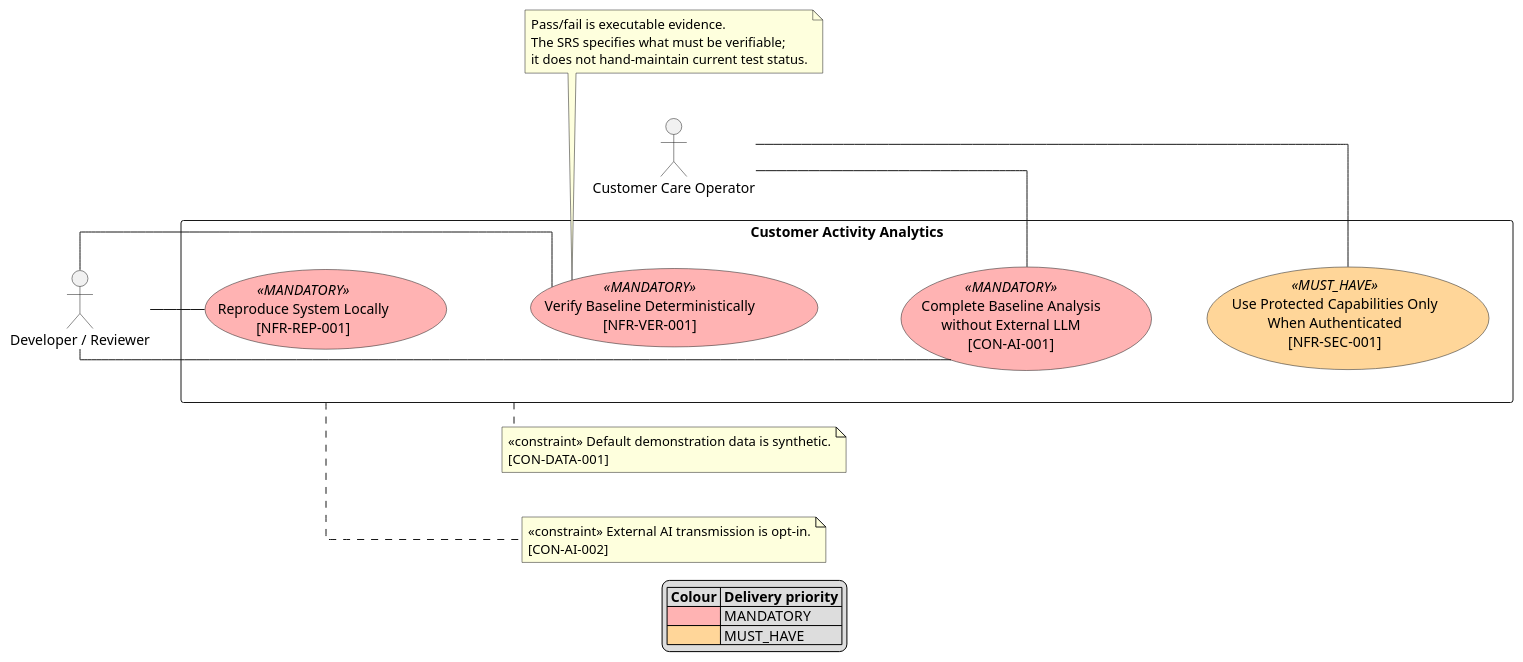
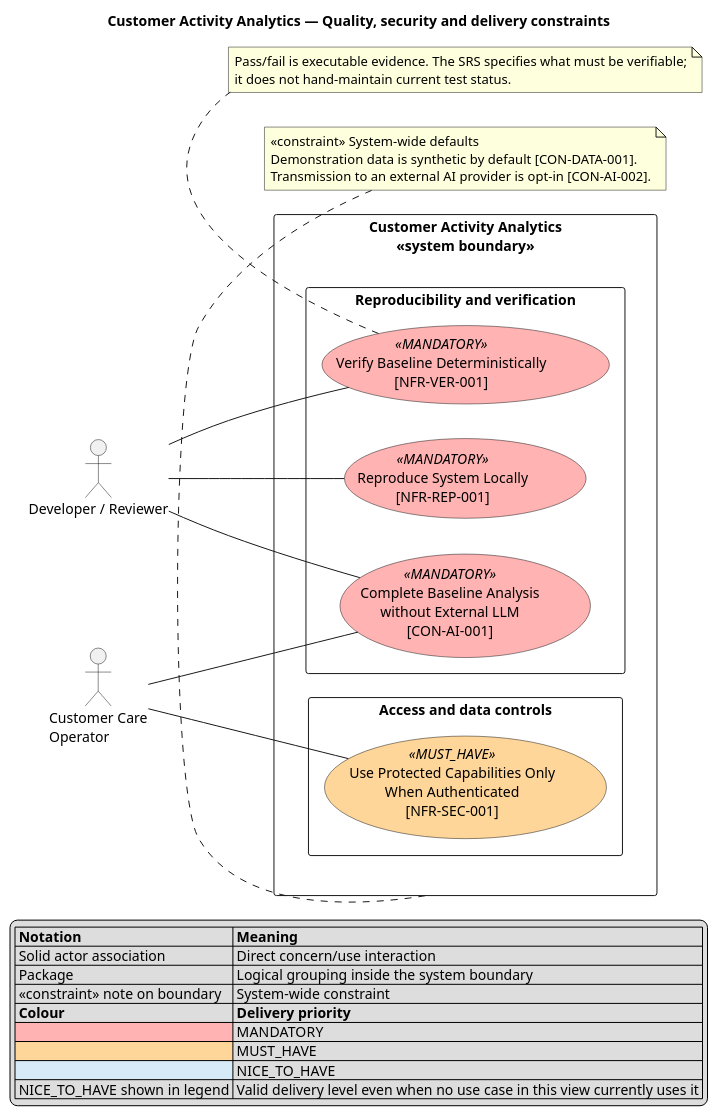
Before and after one commit to jdoe-dev-159753/specgraph-reference-app: the diagram in docs/assignment/SRS/diagrams/srs-non-functional-use-cases.puml, drawn with PlantUML. The commit also changed 5 other files, not shown here.

First line of the commit message:
docs: restore readable complete SRS use-case views (#69)

```diff
--- a/docs/assignment/SRS/diagrams/srs-non-functional-use-cases.puml
+++ b/docs/assignment/SRS/diagrams/srs-non-functional-use-cases.puml
@@ -1,53 +1,55 @@
 @startuml
+title Customer Activity Analytics — Quality, security and delivery constraints
 left to right direction
-skinparam linetype ortho
-skinparam nodesep 45
-skinparam ranksep 55
 skinparam packageStyle rectangle
+skinparam shadowing false
 skinparam usecase {
   BackgroundColor<<MANDATORY>> #FFB3B3
   BackgroundColor<<MUST_HAVE>> #FFD699
+  BackgroundColor<<NICE_TO_HAVE>> #D6EAF8
 }
 
 actor "Developer / Reviewer" as Reviewer
-actor "Customer Care Operator" as Operator
+actor "Customer Care\nOperator" as Operator
 
-rectangle "Customer Activity Analytics" as SystemBoundary {
-  usecase "Reproduce System Locally\n[NFR-REP-001]" as NF_Reproduce <<MANDATORY>>
-  usecase "Verify Baseline Deterministically\n[NFR-VER-001]" as NF_Verify <<MANDATORY>>
-  usecase "Use Protected Capabilities Only\nWhen Authenticated\n[NFR-SEC-001]" as NF_Secure <<MUST_HAVE>>
-  usecase "Complete Baseline Analysis\nwithout External LLM\n[CON-AI-001]" as NF_Offline <<MANDATORY>>
+rectangle "Customer Activity Analytics\n<<system boundary>>" as SystemBoundary {
+  package "Reproducibility and verification" {
+    usecase "Reproduce System Locally\n[NFR-REP-001]" as NF_Reproduce <<MANDATORY>>
+    usecase "Verify Baseline Deterministically\n[NFR-VER-001]" as NF_Verify <<MANDATORY>>
+    usecase "Complete Baseline Analysis\nwithout External LLM\n[CON-AI-001]" as NF_Offline <<MANDATORY>>
+  }
 
-  NF_Reproduce -[hidden]-> NF_Verify
-  NF_Verify -[hidden]-> NF_Offline
-  NF_Offline -[hidden]-> NF_Secure
+  package "Access and data controls" {
+    usecase "Use Protected Capabilities Only\nWhen Authenticated\n[NFR-SEC-001]" as NF_Secure <<MUST_HAVE>>
+  }
 }
 
 Reviewer -- NF_Reproduce
 Reviewer -- NF_Verify
 Reviewer -- NF_Offline
 Operator -- NF_Secure
 Operator -- NF_Offline
 
-note right of SystemBoundary
-  <<constraint>> Default demonstration data is synthetic.
-  [CON-DATA-001]
-end note
-
-note right of SystemBoundary
-  <<constraint>> External AI transmission is opt-in.
-  [CON-AI-002]
+note bottom of SystemBoundary
+  <<constraint>> System-wide defaults
+  Demonstration data is synthetic by default [CON-DATA-001].
+  Transmission to an external AI provider is opt-in [CON-AI-002].
 end note
 
 note bottom of NF_Verify
-  Pass/fail is executable evidence.
-  The SRS specifies what must be verifiable;
+  Pass/fail is executable evidence. The SRS specifies what must be verifiable;
   it does not hand-maintain current test status.
 end note
 
 legend bottom
+  |= Notation |= Meaning |
+  | Solid actor association | Direct concern/use interaction |
+  | Package | Logical grouping inside the system boundary |
+  | <<constraint>> note on boundary | System-wide constraint |
   |= Colour |= Delivery priority |
   |<#FFB3B3> | MANDATORY |
   |<#FFD699> | MUST_HAVE |
+  |<#D6EAF8> | NICE_TO_HAVE |
+  | NICE_TO_HAVE shown in legend | Valid delivery level even when no use case in this view currently uses it |
 endlegend
 @enduml
```
